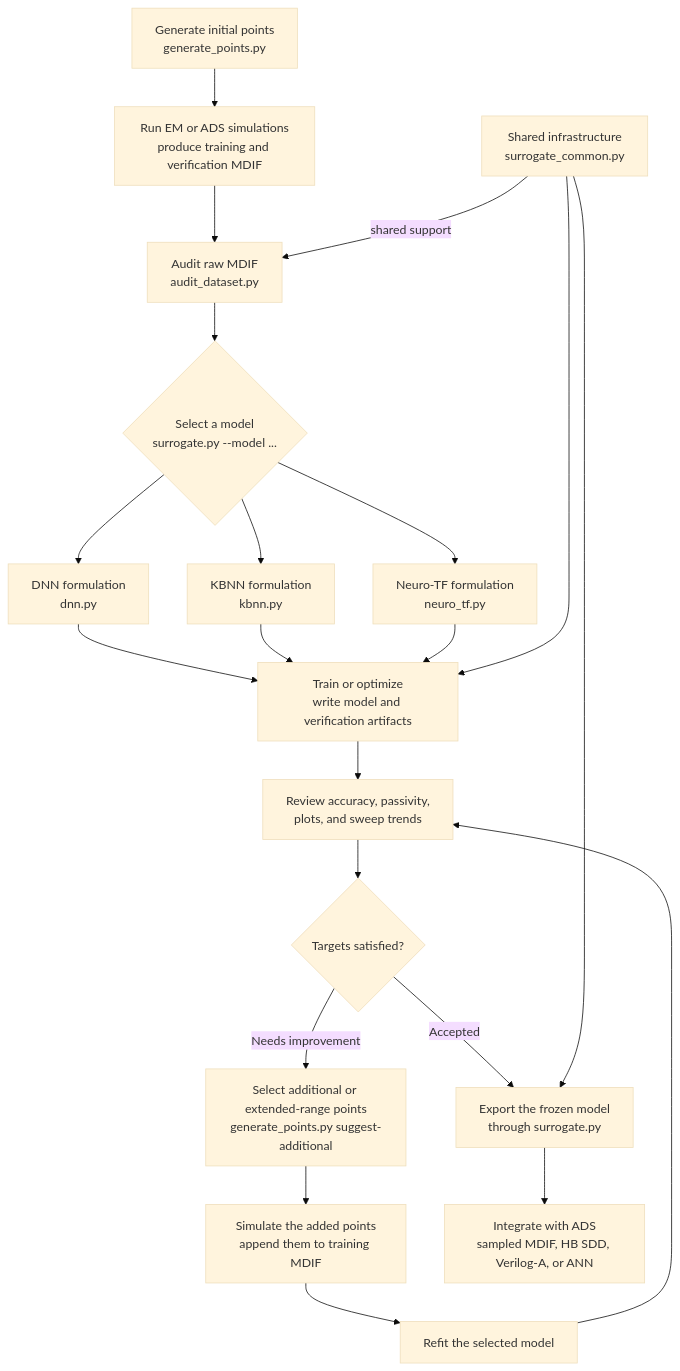
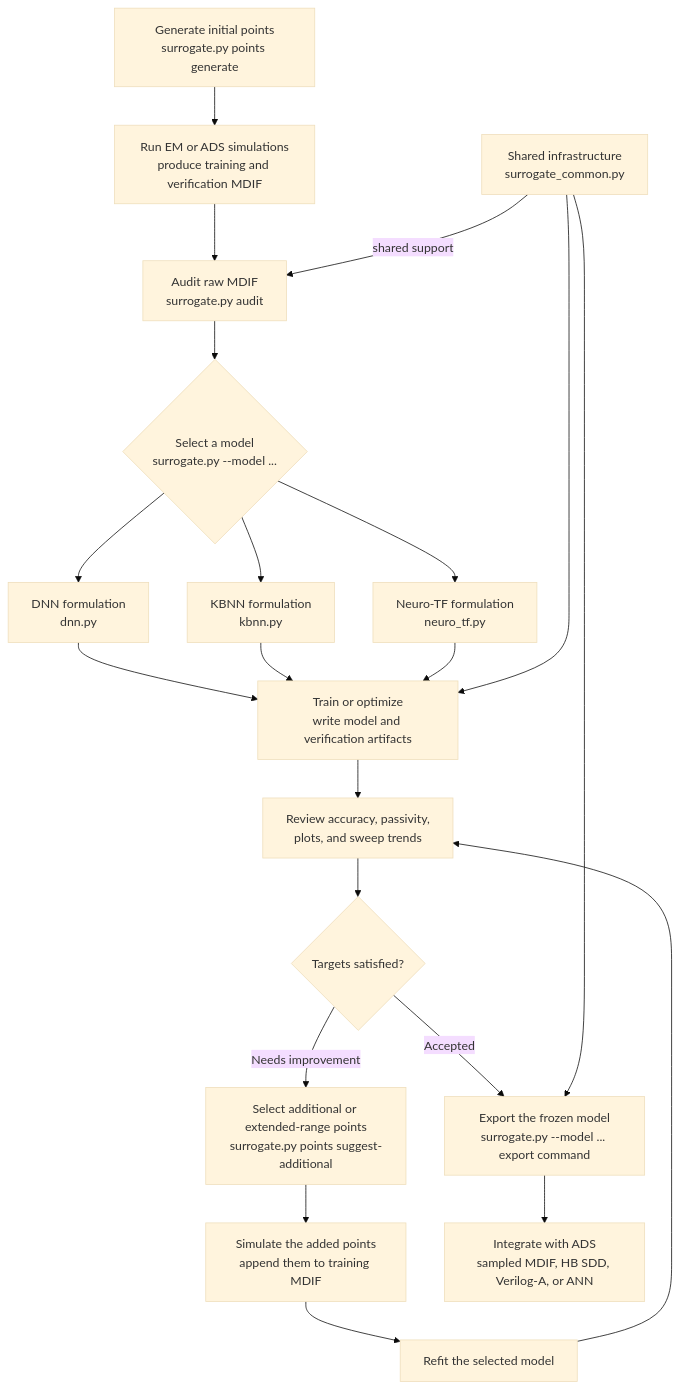
The diagram in README.md (whipstein/ads-ann-surrogate), drawn with Mermaid (base theme) before and after one commit. The commit also changed other lines of this file and 5 other files, not shown here.

````diff
--- a/README.md
+++ b/README.md
@@ -8,55 +8,55 @@
 ```mermaid
 flowchart TD
-    POINTS["Generate initial points<br/>generate_points.py"]
+    POINTS["Generate initial points<br/>surrogate.py points generate"]
     SIM["Run EM or ADS simulations<br/>produce training and verification MDIF"]
-    AUDIT["Audit raw MDIF<br/>audit_dataset.py"]
+    AUDIT["Audit raw MDIF<br/>surrogate.py audit"]
     CLI{"Select a model<br/>surrogate.py --model ..."}
 
     DNN["DNN formulation<br/>dnn.py"]
     KBNN["KBNN formulation<br/>kbnn.py"]
     NTF["Neuro-TF formulation<br/>neuro_tf.py"]
     FIT["Train or optimize<br/>write model and verification artifacts"]
     VERIFY["Review accuracy, passivity,<br/>plots, and sweep trends"]
     ACCEPT{"Targets satisfied?"}
 
-    UPDATE["Select additional or extended-range points<br/>generate_points.py suggest-additional"]
+    UPDATE["Select additional or extended-range points<br/>surrogate.py points suggest-additional"]
     SIMNEW["Simulate the added points<br/>append them to training MDIF"]
     REFIT["Refit the selected model"]
 
-    EXPORT["Export the frozen model<br/>through surrogate.py"]
+    EXPORT["Export the frozen model<br/>surrogate.py --model ... export command"]
     ADS["Integrate with ADS<br/>sampled MDIF, HB SDD, Verilog-A, or ANN"]
     COMMON["Shared infrastructure<br/>surrogate_common.py"]
 
     POINTS --> SIM --> AUDIT --> CLI
     CLI --> DNN
     CLI --> KBNN
     CLI --> NTF
     DNN --> FIT
     KBNN --> FIT
     NTF --> FIT
     FIT --> VERIFY --> ACCEPT
     ACCEPT -->|Needs improvement| UPDATE
     UPDATE --> SIMNEW --> REFIT --> VERIFY
     ACCEPT -->|Accepted| EXPORT --> ADS
 
     COMMON -->|shared support| AUDIT
     COMMON --> FIT
     COMMON --> EXPORT
 
-    click POINTS "#1-generate-initial-points" "Open initial point generation"
-    click SIM "#2-simulate-and-audit-the-dataset" "Open simulation and input-data requirements"
-    click AUDIT "#audit-training-and-verification-data" "Open dataset auditing"
-    click CLI "#unified-model-cli" "Open the unified model CLI"
-    click DNN "#b3-dnn-direct-response-surrogate" "Open the DNN formulation"
-    click KBNN "#b4-kbnn-fitted-coarse-knowledge-based-surrogate" "Open the KBNN formulation"
-    click NTF "#b5-neuro-tf-fixed-pole-rational-coefficient-surrogate" "Open the Neuro-TF formulation"
-    click FIT "#shared-training-and-optimization-workflow" "Open fitting and optimization"
-    click VERIFY "#fitting-output-artifacts" "Open fitting and verification outputs"
-    click ACCEPT "#5-refit-and-iterate" "Open the iteration criteria"
-    click UPDATE "#4-update-or-extend-the-sampling-points" "Open point updating"
-    click SIMNEW "#5-refit-and-iterate" "Open the refitting loop"
-    click REFIT "#5-refit-and-iterate" "Open the refitting loop"
-    click EXPORT "#export-commands" "Open model export commands"
-    click ADS "#choose-the-ads-handoff" "Open ADS integration choices"
-    click COMMON "#repository-layout" "Open the repository layout"
+    click POINTS href "README.md#1-generate-initial-points" "Open initial point generation"
+    click SIM href "README.md#2-simulate-and-audit-the-dataset" "Open simulation and input-data requirements"
+    click AUDIT href "README.md#audit-training-and-verification-data" "Open dataset auditing"
+    click CLI href "README.md#unified-model-cli" "Open the unified model CLI"
+    click DNN href "README.md#b3-dnn-direct-response-surrogate" "Open the DNN formulation"
+    click KBNN href "README.md#b4-kbnn-fitted-coarse-knowledge-based-surrogate" "Open the KBNN formulation"
+    click NTF href "README.md#b5-neuro-tf-fixed-pole-rational-coefficient-surrogate" "Open the Neuro-TF formulation"
+    click FIT href "README.md#shared-training-and-optimization-workflow" "Open fitting and optimization"
+    click VERIFY href "README.md#fitting-output-artifacts" "Open fitting and verification outputs"
+    click ACCEPT href "README.md#5-refit-and-iterate" "Open the iteration criteria"
+    click UPDATE href "README.md#4-update-or-extend-the-sampling-points" "Open point updating"
+    click SIMNEW href "README.md#5-refit-and-iterate" "Open the refitting loop"
+    click REFIT href "README.md#5-refit-and-iterate" "Open the refitting loop"
+    click EXPORT href "README.md#export-commands" "Open model export commands"
+    click ADS href "README.md#choose-the-ads-handoff" "Open ADS integration choices"
+    click COMMON href "README.md#repository-layout" "Open the repository layout"
 ```
````
